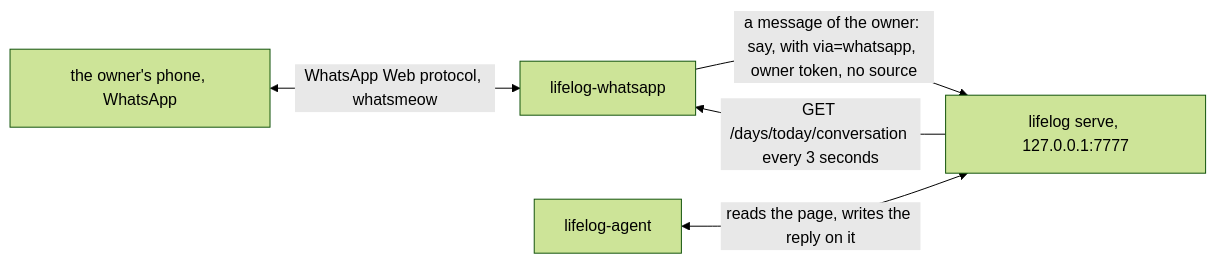
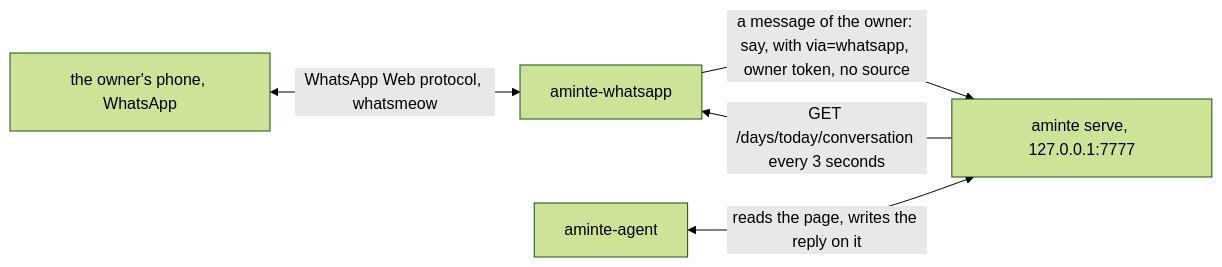
One commit to alexradunet/aminte changed the diagram in extensions/whatsapp/README.md. Above: the diagram before and after it, drawn with Mermaid (forest theme). The commit also changed other lines of this file and 554 other files, not shown here.

First line of the commit message:
rename the project from lifelog to aminte

````diff
--- a/extensions/whatsapp/README.md
+++ b/extensions/whatsapp/README.md
@@ -12,7 +12,7 @@
 ```mermaid
 flowchart LR
-  P["the owner's phone, WhatsApp"] <-->|"WhatsApp Web protocol, whatsmeow"| W["lifelog-whatsapp"]
-  W -->|"a message of the owner: say, with via=whatsapp, owner token, no source"| L["lifelog serve, 127.0.0.1:7777"]
+  P["the owner's phone, WhatsApp"] <-->|"WhatsApp Web protocol, whatsmeow"| W["aminte-whatsapp"]
+  W -->|"a message of the owner: say, with via=whatsapp, owner token, no source"| L["aminte serve, 127.0.0.1:7777"]
   L -->|"GET /days/today/conversation every 3 seconds"| W
-  A["lifelog-agent"] <-->|"reads the page, writes the reply on it"| L
+  A["aminte-agent"] <-->|"reads the page, writes the reply on it"| L
 ```
````
